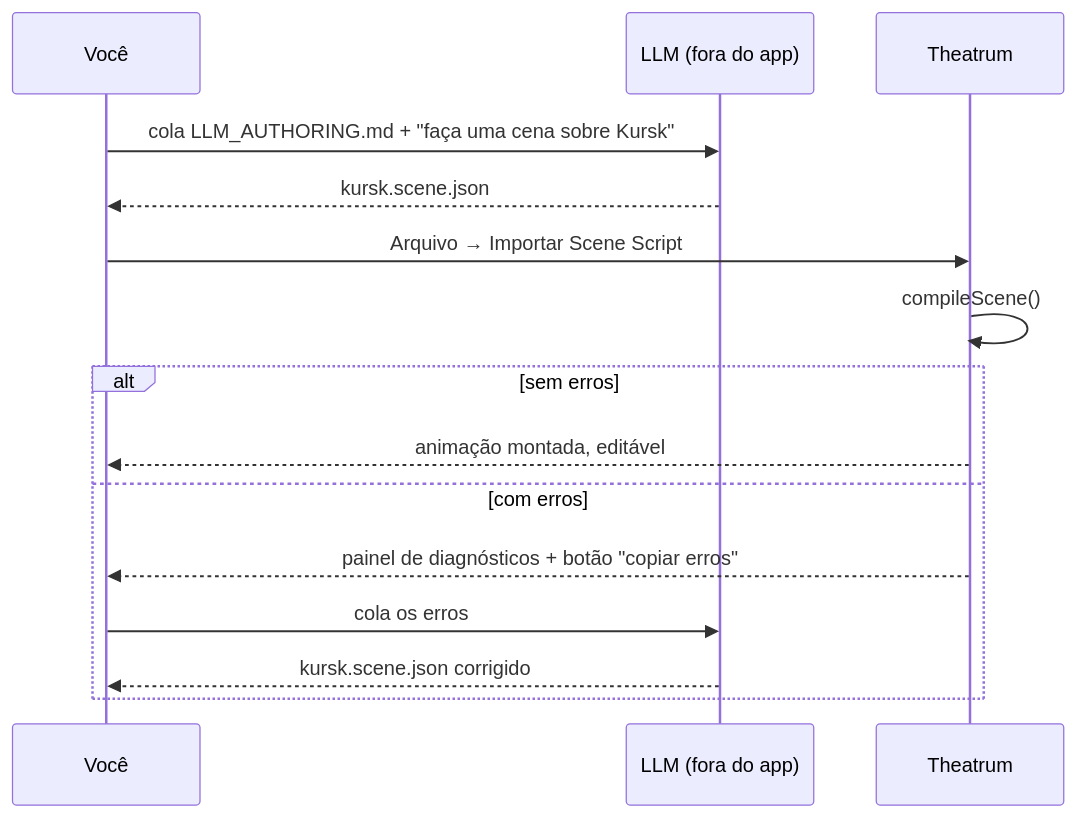
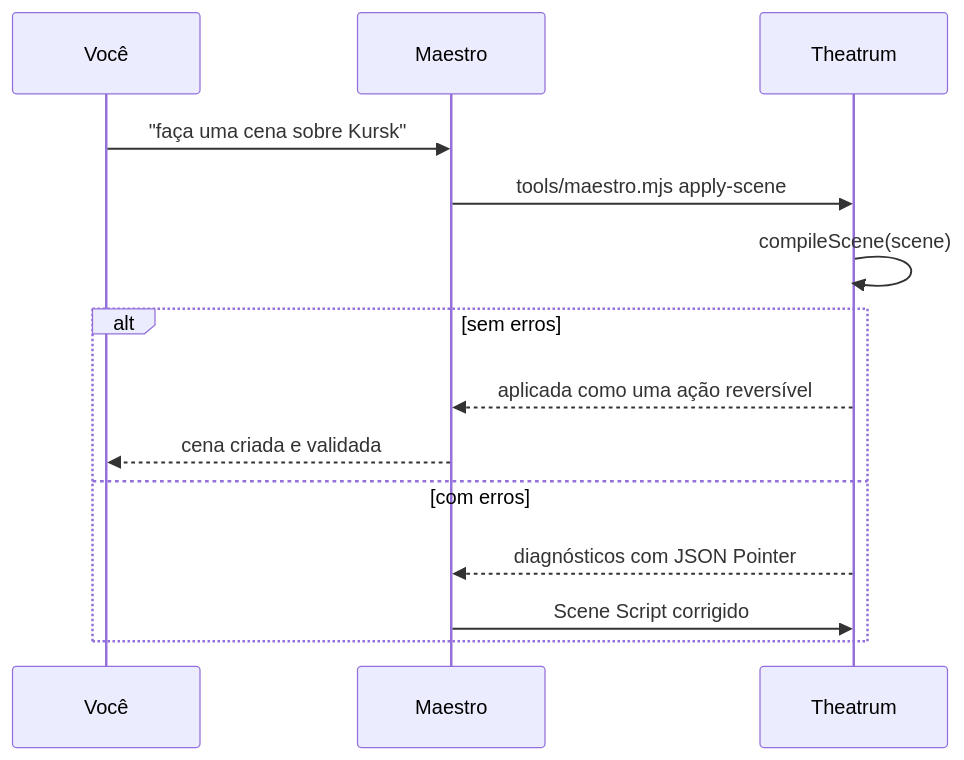
The second of 2 diagrams in docs/05-SCENE-SCRIPT.md (Syfer2025/mapli-ve), drawn with Mermaid before and after one commit. The commit also changed other lines of this file and 185 other files, not shown here.

Commit message:
Finaliza Maestro e autoria por Scene Script

````diff
--- a/docs/05-SCENE-SCRIPT.md
+++ b/docs/05-SCENE-SCRIPT.md
@@ -563,18 +576,17 @@
 ```mermaid
 sequenceDiagram
     participant U as Você
-    participant AI as LLM (fora do app)
+    participant AI as Maestro
     participant ED as Theatrum
 
-    U->>AI: cola LLM_AUTHORING.md + "faça uma cena sobre Kursk"
-    AI-->>U: kursk.scene.json
-    U->>ED: Arquivo → Importar Scene Script
-    ED->>ED: compileScene()
+    U->>AI: "faça uma cena sobre Kursk"
+    AI->>ED: tools/maestro.mjs apply-scene
+    ED->>ED: compileScene(scene)
     alt sem erros
-        ED-->>U: animação montada, editável
+        ED-->>AI: aplicada como uma ação reversível
+        AI-->>U: cena criada e validada
     else com erros
-        ED-->>U: painel de diagnósticos + botão "copiar erros"
-        U->>AI: cola os erros
-        AI-->>U: kursk.scene.json corrigido
+        ED-->>AI: diagnósticos com JSON Pointer
+        AI->>ED: Scene Script corrigido
     end
 ```
````
